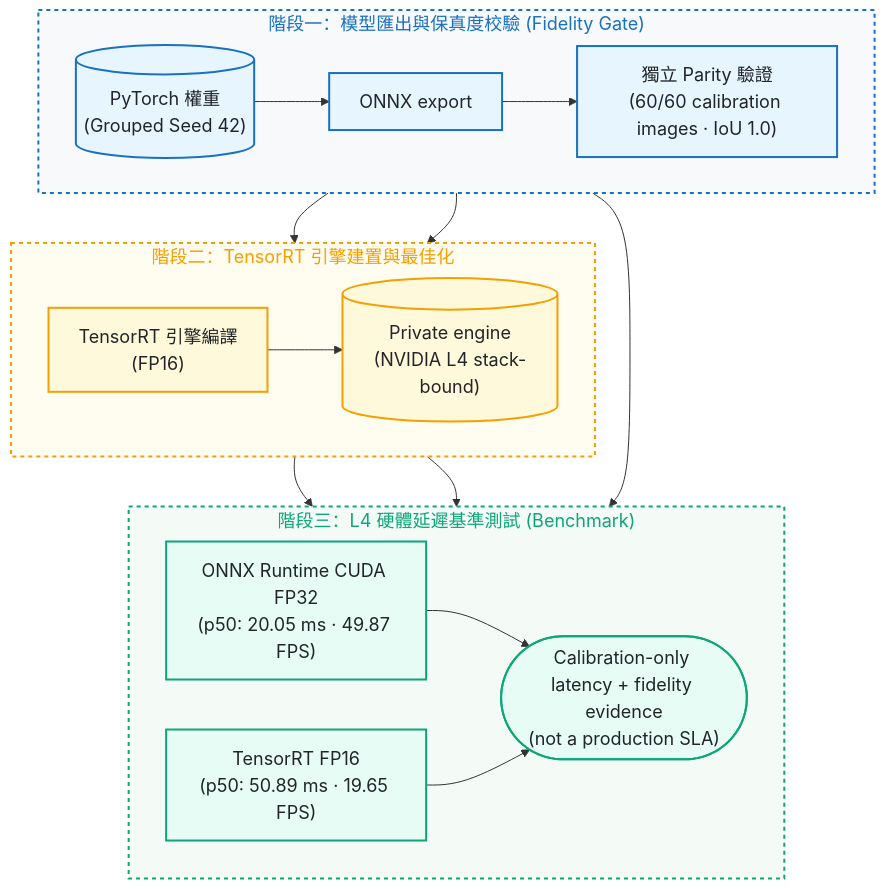
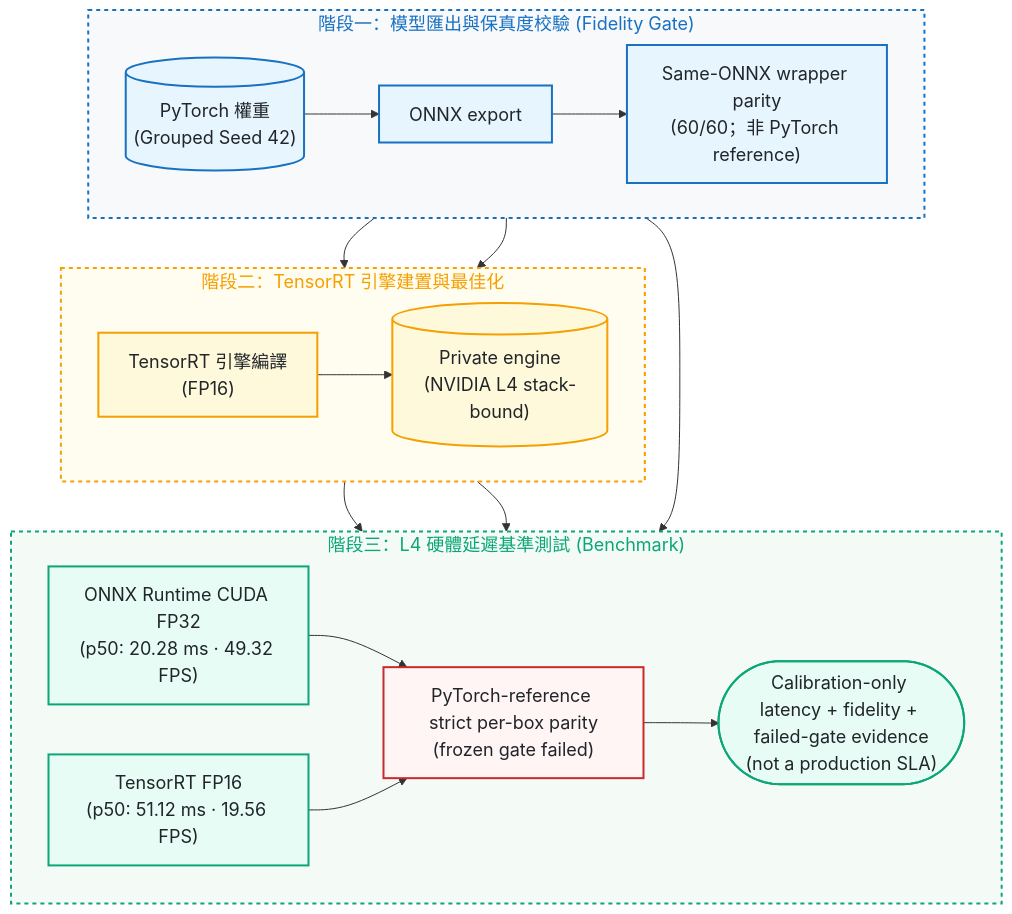
The second of 2 diagrams in README.md (kuotunyu/pcb-defect-detection), drawn with Mermaid before and after one commit. The commit also changed other lines of this file and 15 other files, not shown here.

Commit message:
docs: publish verified L4 evidence and failed parity gate

````diff
--- a/README.md
+++ b/README.md
@@ -78,34 +78,37 @@
 ```mermaid
 %%{init: {'themeVariables': {'fontSize': '18px'}}}%%
 flowchart TD
     subgraph ExportStage ["階段一：模型匯出與保真度校驗 (Fidelity Gate)"]
         direction LR
-        PyTorch[("PyTorch 權重<br/>(Grouped Seed 42)")] --> ONNX["ONNX export"] --> Parity["獨立 Parity 驗證<br/>(60/60 calibration images · IoU 1.0)"]
+        PyTorch[("PyTorch 權重<br/>(Grouped Seed 42)")] --> ONNX["ONNX export"] --> Parity["Same-ONNX wrapper parity<br/>(60/60；非 PyTorch reference)"]
     end
 
     subgraph EngineStage ["階段二：TensorRT 引擎建置與最佳化"]
         direction LR
         Parity --> TRT["TensorRT 引擎編譯<br/>(FP16)"] --> Engine[("Private engine<br/>(NVIDIA L4 stack-bound)")]
     end
 
     subgraph BenchStage ["階段三：L4 硬體延遲基準測試 (Benchmark)"]
         direction LR
-        Parity --> ORT["ONNX Runtime CUDA FP32<br/>(p50: 20.05 ms · 49.87 FPS)"]
-        Engine --> TRTLatency["TensorRT FP16<br/>(p50: 50.89 ms · 19.65 FPS)"]
-        ORT & TRTLatency --> Out(["Calibration-only latency + fidelity evidence<br/>(not a production SLA)"])
+        Parity --> ORT["ONNX Runtime CUDA FP32<br/>(p50: 20.28 ms · 49.32 FPS)"]
+        Engine --> TRTLatency["TensorRT FP16<br/>(p50: 51.12 ms · 19.56 FPS)"]
+        ORT & TRTLatency --> StrictParity["PyTorch-reference strict per-box parity<br/>(frozen gate failed)"]
+        StrictParity --> Out(["Calibration-only latency + fidelity + failed-gate evidence<br/>(not a production SLA)"])
     end
 
     ExportStage --> EngineStage --> BenchStage
 
     classDef srcStyle fill:#e7f5ff,stroke:#1971c2,stroke-width:2px,color:#212529
     classDef procStyle fill:#fff9db,stroke:#f59f00,stroke-width:2px,color:#212529
     classDef evalStyle fill:#e6fcf5,stroke:#0ca678,stroke-width:2px,color:#212529
+    classDef failStyle fill:#fff5f5,stroke:#c92a2a,stroke-width:2px,color:#212529
 
     class PyTorch,ONNX,Parity srcStyle
     class TRT,Engine procStyle
     class ORT,TRTLatency,Out evalStyle
+    class StrictParity failStyle
 
     style ExportStage fill:#f8f9fa,stroke:#1971c2,stroke-width:2px,color:#1971c2,stroke-dasharray: 4 4
     style EngineStage fill:#fffcf0,stroke:#f59f00,stroke-width:2px,color:#f59f00,stroke-dasharray: 4 4
     style BenchStage fill:#f4fbf7,stroke:#0ca678,stroke-width:2px,color:#0ca678,stroke-dasharray: 4 4
 ```
````
